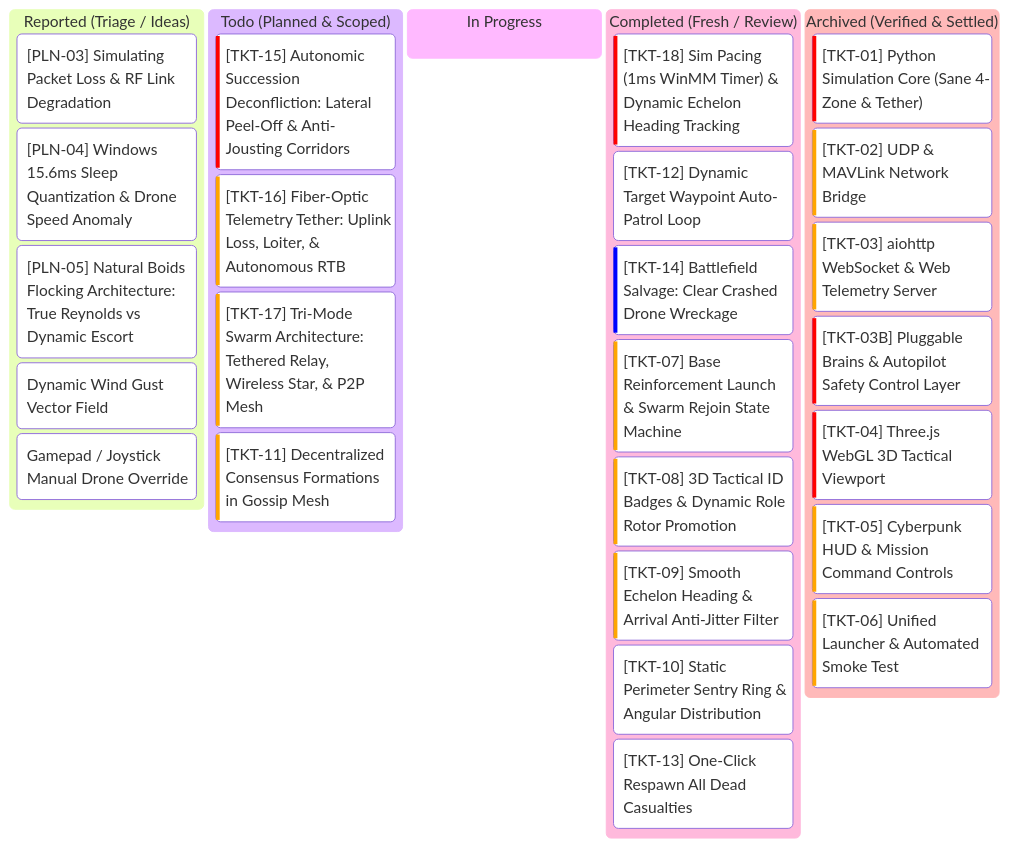
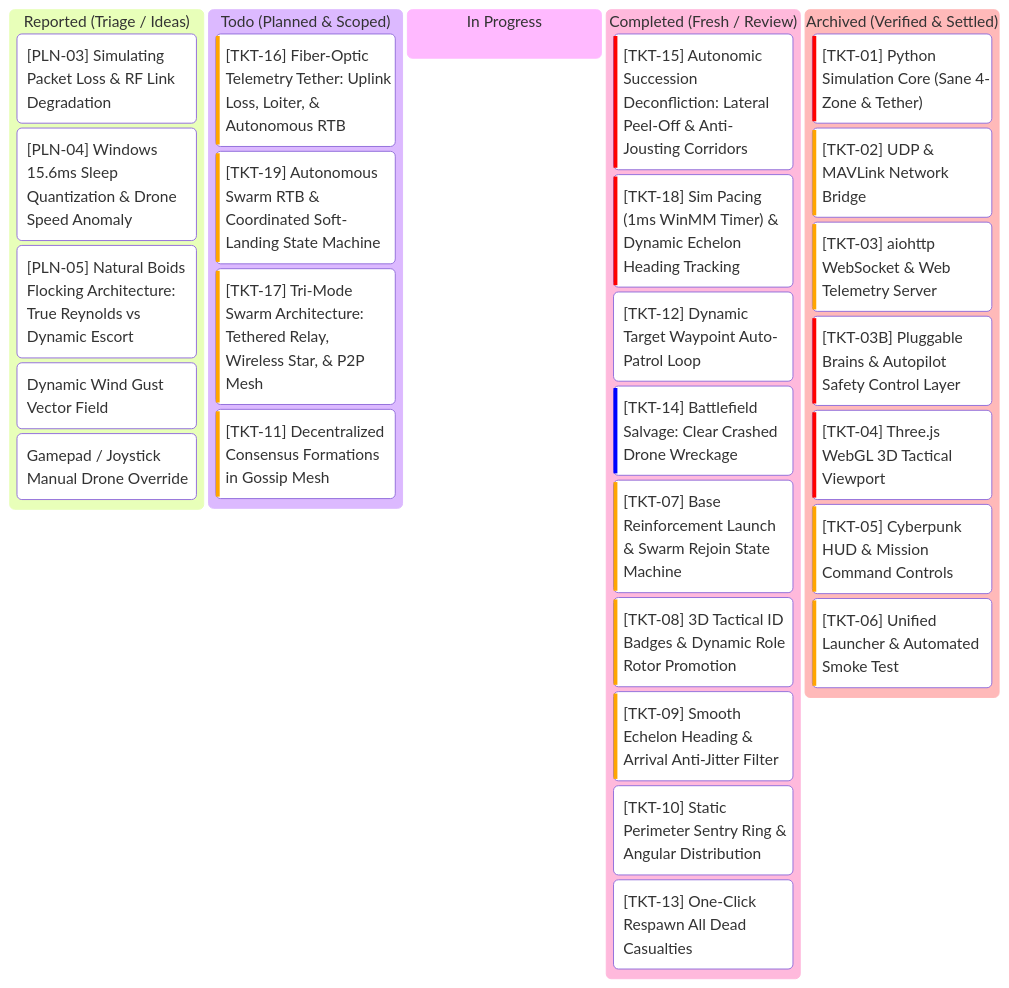
Before and after one commit to AlitheiaDeus/SwarmTech_v3-Uprising: the diagram in kanban.md, drawn with Mermaid. The commit also changed other lines of this file and 4 other files, not shown here.

Commit message:
feat(succession): implement lateral peel-off corridor & anti-jousting deconfliction (TKT-15)

````diff
--- a/kanban.md
+++ b/kanban.md
@@ -7,32 +7,33 @@
 ```mermaid
 kanban
   reported["Reported (Triage / Ideas)"]
     pln3["[PLN-03] Simulating Packet Loss & RF Link Degradation"]
     pln4["[PLN-04] Windows 15.6ms Sleep Quantization & Drone Speed Anomaly"]
     pln5["[PLN-05] Natural Boids Flocking Architecture: True Reynolds vs Dynamic Escort"]
     idea1["Dynamic Wind Gust Vector Field"]
     idea2["Gamepad / Joystick Manual Drone Override"]
   todo["Todo (Planned & Scoped)"]
-    tkt15["[TKT-15] Autonomic Succession Deconfliction: Lateral Peel-Off & Anti-Jousting Corridors"]@{ priority: 'Very High' }
     tkt16["[TKT-16] Fiber-Optic Telemetry Tether: Uplink Loss, Loiter, & Autonomous RTB"]@{ priority: 'High' }
+    tkt19["[TKT-19] Autonomous Swarm RTB & Coordinated Soft-Landing State Machine"]@{ priority: 'High' }
     tkt17["[TKT-17] Tri-Mode Swarm Architecture: Tethered Relay, Wireless Star, & P2P Mesh"]@{ priority: 'High' }
     tkt11["[TKT-11] Decentralized Consensus Formations in Gossip Mesh"]@{ priority: 'High' }
   in_progress["In Progress"]
   completed["Completed (Fresh / Review)"]
+    tkt15["[TKT-15] Autonomic Succession Deconfliction: Lateral Peel-Off & Anti-Jousting Corridors"]@{ priority: 'Very High' }
     tkt18["[TKT-18] Sim Pacing (1ms WinMM Timer) & Dynamic Echelon Heading Tracking"]@{ priority: 'Very High' }
     tkt12["[TKT-12] Dynamic Target Waypoint Auto-Patrol Loop"]@{ priority: 'Medium' }
     tkt14["[TKT-14] Battlefield Salvage: Clear Crashed Drone Wreckage"]@{ priority: 'Low' }
     tkt7["[TKT-07] Base Reinforcement Launch & Swarm Rejoin State Machine"]@{ priority: 'High' }
     tkt8["[TKT-08] 3D Tactical ID Badges & Dynamic Role Rotor Promotion"]@{ priority: 'High' }
     tkt9["[TKT-09] Smooth Echelon Heading & Arrival Anti-Jitter Filter"]@{ priority: 'High' }
     tkt10["[TKT-10] Static Perimeter Sentry Ring & Angular Distribution"]@{ priority: 'Medium' }
     tkt13["[TKT-13] One-Click Respawn All Dead Casualties"]@{ priority: 'Medium' }
   archived["Archived (Verified & Settled)"]
     tkt1["[TKT-01] Python Simulation Core (Sane 4-Zone & Tether)"]@{ priority: 'Very High' }
     tkt2["[TKT-02] UDP & MAVLink Network Bridge"]@{ priority: 'High' }
     tkt3["[TKT-03] aiohttp WebSocket & Web Telemetry Server"]@{ priority: 'High' }
     tkt3b["[TKT-03B] Pluggable Brains & Autopilot Safety Control Layer"]@{ priority: 'Very High' }
     tkt4["[TKT-04] Three.js WebGL 3D Tactical Viewport"]@{ priority: 'Very High' }
     tkt5["[TKT-05] Cyberpunk HUD & Mission Command Controls"]@{ priority: 'High' }
     tkt6["[TKT-06] Unified Launcher & Automated Smoke Test"]@{ priority: 'High' }
 ```
````
